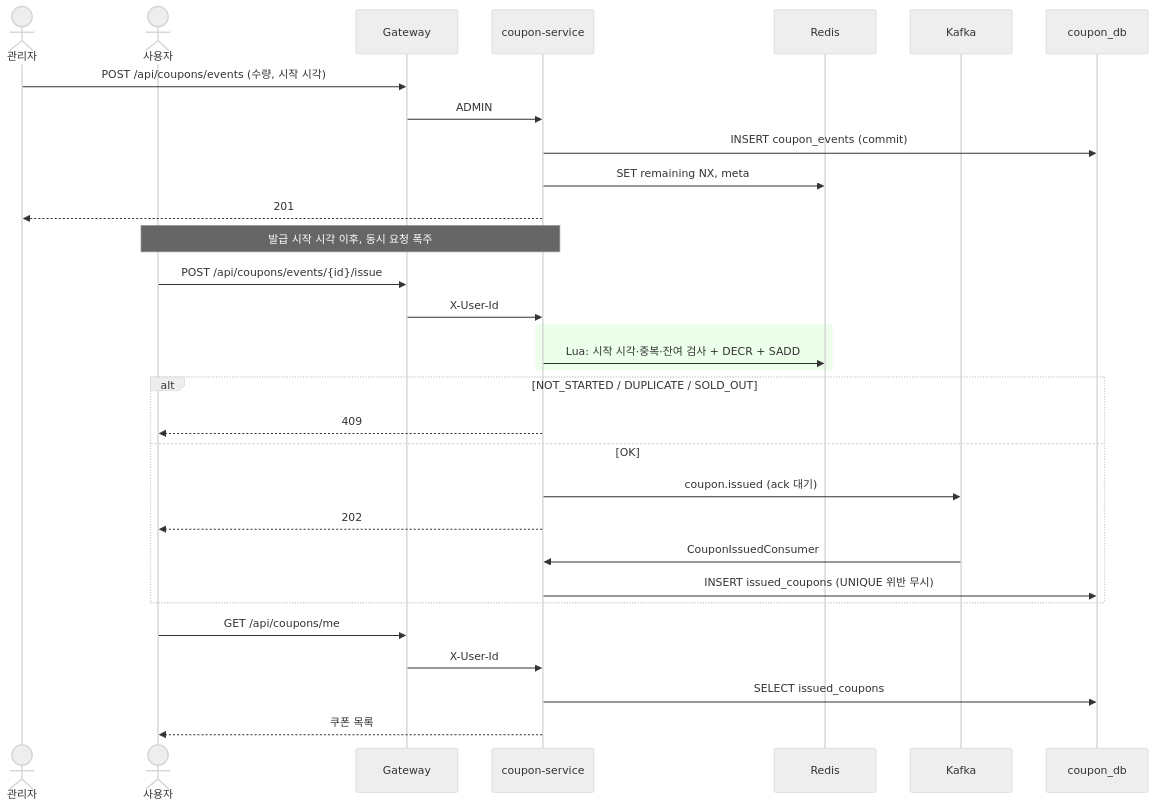
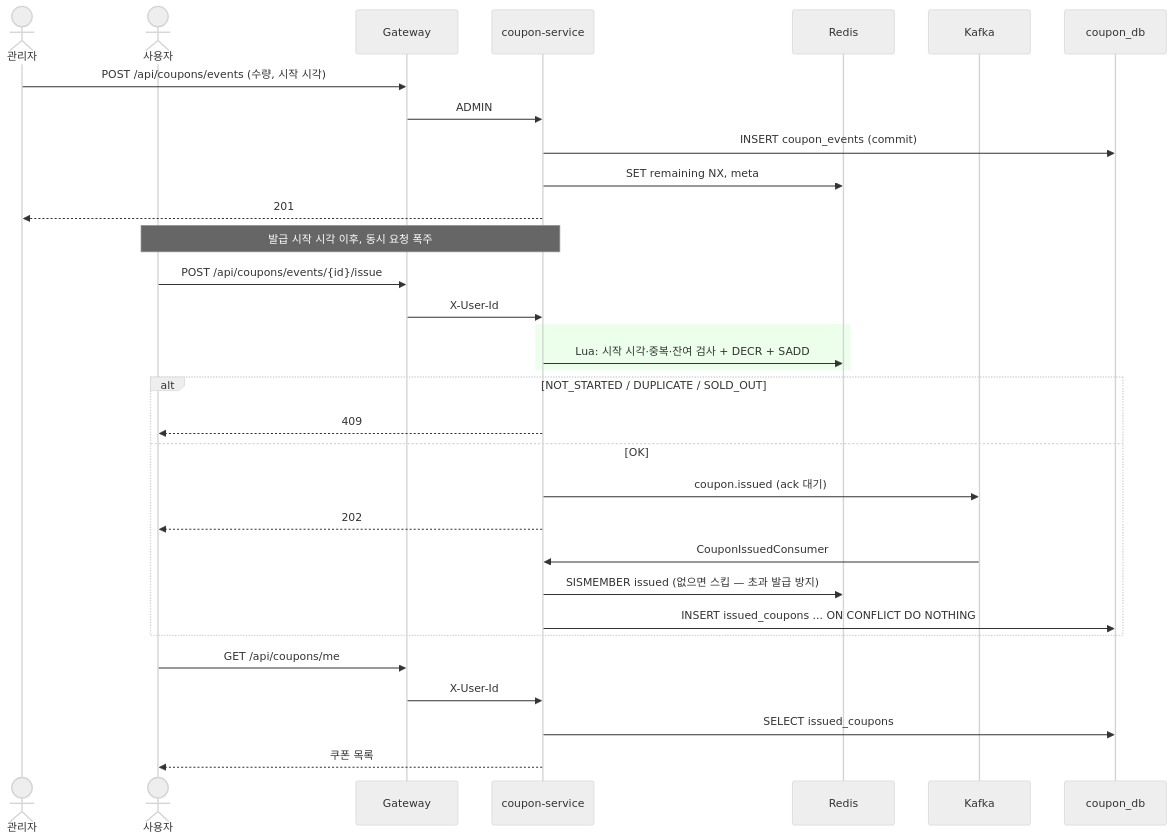
One commit to dd-jiny/queue-drop changed the fourth of 10 diagrams in docs/design/08-sequence-diagram/sequence-diagram.md. Above: the diagram before and after it, drawn with Mermaid (neutral theme). The commit also changed other lines of this file and 24 other files, not shown here.

````diff
--- a/docs/design/08-sequence-diagram/sequence-diagram.md
+++ b/docs/design/08-sequence-diagram/sequence-diagram.md
@@ -193,36 +194,37 @@
 ```mermaid
 sequenceDiagram
     actor A as 관리자
     actor U as 사용자
     participant GW as Gateway
     participant CS as coupon-service
     participant R as Redis
     participant K as Kafka
     participant DB as coupon_db
 
     A->>GW: POST /api/coupons/events (수량, 시작 시각)
     GW->>CS: ADMIN
     CS->>DB: INSERT coupon_events (commit)
     CS->>R: SET remaining NX, meta
     CS-->>A: 201
 
     Note over U,CS: 발급 시작 시각 이후, 동시 요청 폭주
     U->>GW: POST /api/coupons/events/{id}/issue
     GW->>CS: X-User-Id
     rect rgb(235, 255, 235)
     CS->>R: Lua: 시작 시각·중복·잔여 검사 + DECR + SADD
     end
     alt NOT_STARTED / DUPLICATE / SOLD_OUT
         CS-->>U: 409
     else OK
         CS->>K: coupon.issued (ack 대기)
         CS-->>U: 202
         K->>CS: CouponIssuedConsumer
-        CS->>DB: INSERT issued_coupons (UNIQUE 위반 무시)
+        CS->>R: SISMEMBER issued (없으면 스킵 — 초과 발급 방지)
+        CS->>DB: INSERT issued_coupons ... ON CONFLICT DO NOTHING
     end
 
     U->>GW: GET /api/coupons/me
     GW->>CS: X-User-Id
     CS->>DB: SELECT issued_coupons
     CS-->>U: 쿠폰 목록
 ```
````
